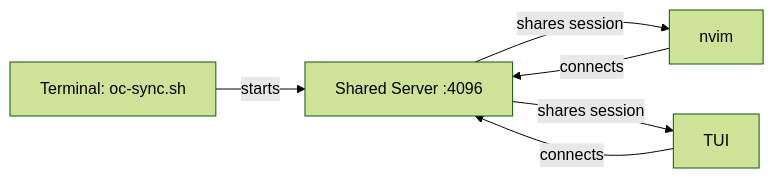
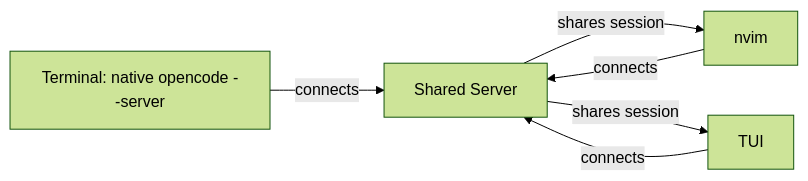
One commit to sudo-tee/opencode.nvim changed the diagram in docs/recipes/bidirectional-sync/README.md. Above: the diagram before and after it, drawn with Mermaid (forest theme). The commit also changed other lines of this file and 170 other files, not shown here.

````diff
--- a/docs/recipes/bidirectional-sync/README.md
+++ b/docs/recipes/bidirectional-sync/README.md
@@ -27,8 +27,8 @@
 ```mermaid
 flowchart LR
-    A[Terminal: oc-sync.sh] -->|starts| B[Shared Server :4096]
+    A[Terminal: native opencode --server] -->|connects| B[Shared Server]
     C[nvim] -->|connects| B
     D[TUI] -->|connects| B
     B -->|shares session| C
     B -->|shares session| D
 ```
````
